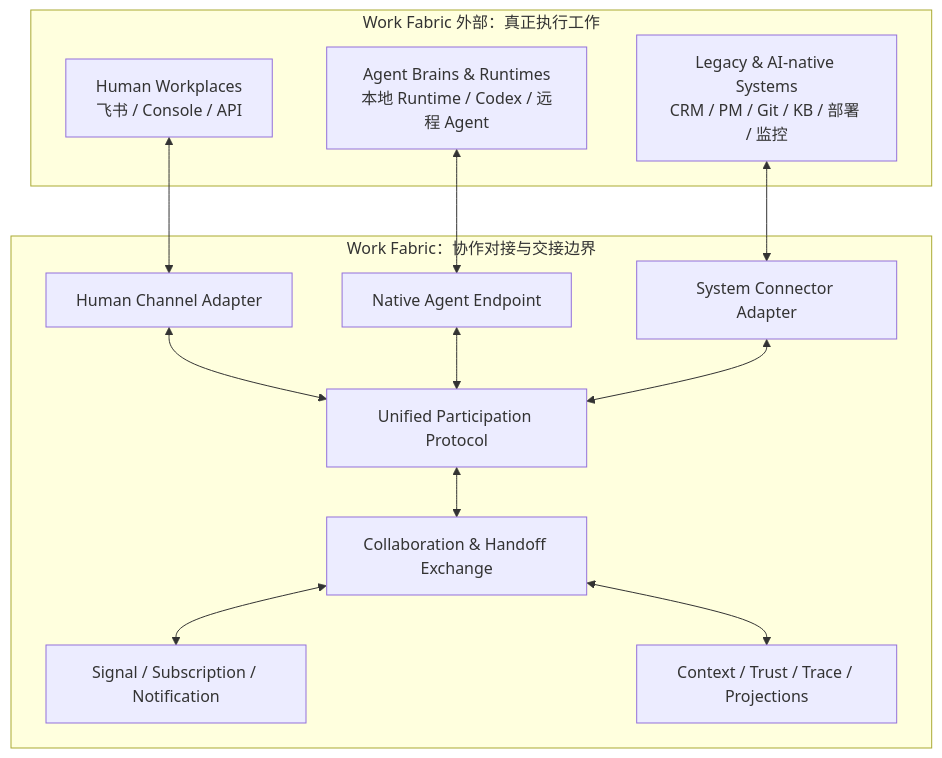
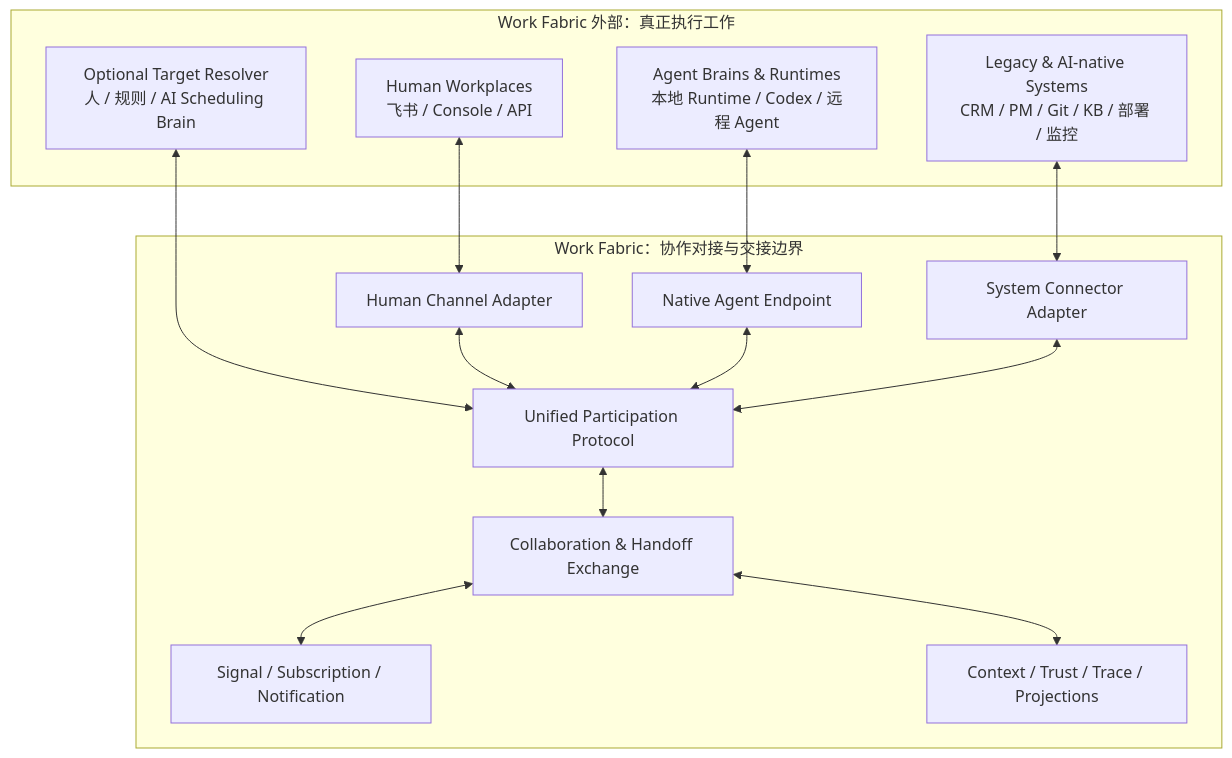
The first of 4 diagrams in docs/architecture.md (AgentEra/work-fabric), drawn with Mermaid before and after one commit. The commit also changed other lines of this file and 5 other files, not shown here.

````diff
--- a/docs/architecture.md
+++ b/docs/architecture.md
@@ -57,28 +61,30 @@
 ```mermaid
 flowchart TB
     subgraph External["Work Fabric 外部：真正执行工作"]
         Human["Human Workplaces<br/>飞书 / Console / API"]
         Agent["Agent Brains & Runtimes<br/>本地 Runtime / Codex / 远程 Agent"]
         System["Legacy & AI-native Systems<br/>CRM / PM / Git / KB / 部署 / 监控"]
+        Resolver["Optional Target Resolver<br/>人 / 规则 / AI Scheduling Brain"]
     end
 
     subgraph Fabric["Work Fabric：协作对接与交接边界"]
         HumanAdapter["Human Channel Adapter"]
         AgentEndpoint["Native Agent Endpoint"]
         Connector["System Connector Adapter"]
         Protocol["Unified Participation Protocol"]
         Exchange["Collaboration & Handoff Exchange"]
         Signal["Signal / Subscription / Notification"]
         Support["Context / Trust / Trace / Projections"]
     end
 
     Human <--> HumanAdapter
     Agent <--> AgentEndpoint
     System <--> Connector
+    Resolver <--> Protocol
     HumanAdapter <--> Protocol
     AgentEndpoint <--> Protocol
     Connector <--> Protocol
     Protocol <--> Exchange
     Exchange <--> Signal
     Exchange <--> Support
 ```
````
